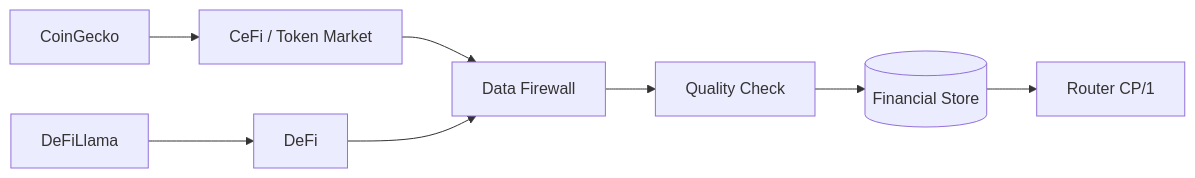
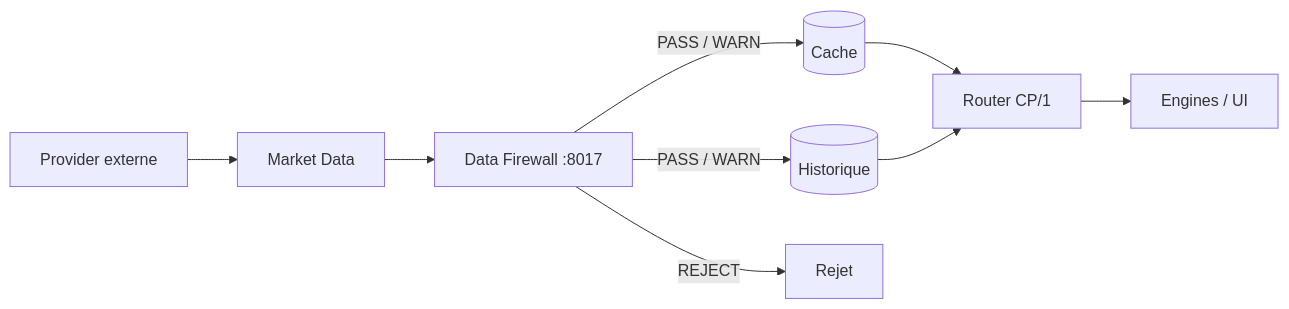
One commit to florian74410/IA-Trading-Bot changed the diagram in docs/wiki/Market-Data.md. Above: the diagram before and after it, drawn with Mermaid. The commit also changed other lines of this file, not shown here.

Commit message:
docs(wiki): document Market Data V2.1 liquidity ingress

````diff
--- a/docs/wiki/Market-Data.md
+++ b/docs/wiki/Market-Data.md
@@ -102,10 +31,11 @@
 ```mermaid
 flowchart LR
-  CG[CoinGecko] --> C[CeFi / Token Market]
-  DL[DeFiLlama] --> D[DeFi]
-  C --> F[Data Firewall]
-  D --> F
-  F --> Q[Quality Check]
-  Q --> S[(Financial Store)]
-  S --> R[Router CP/1]
+  P[Provider externe] --> M[Market Data]
+  M --> F[Data Firewall :8017]
+  F -->|PASS / WARN| C[(Cache)]
+  F -->|PASS / WARN| DB[(Historique)]
+  F -->|REJECT| X[Rejet]
+  C --> R[Router CP/1]
+  DB --> R
+  R --> E[Engines / UI]
 ```
````
